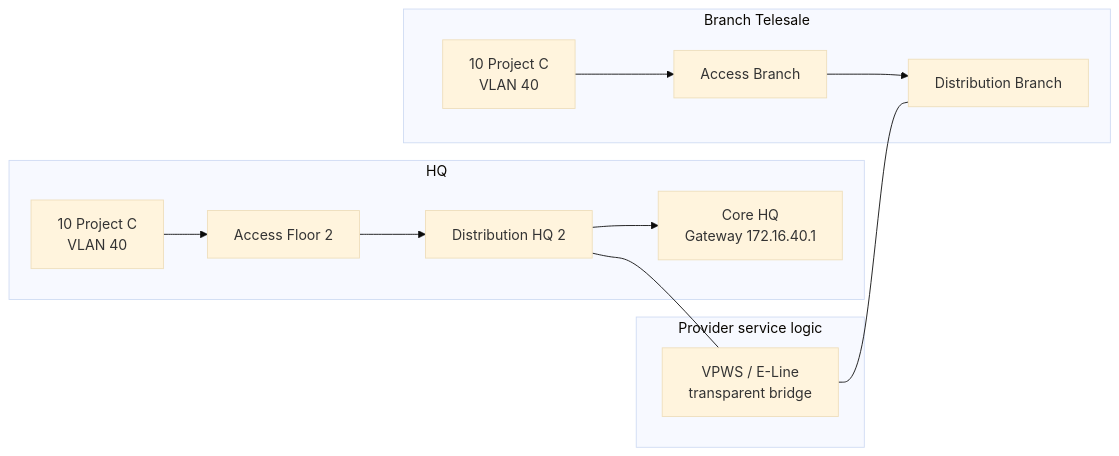
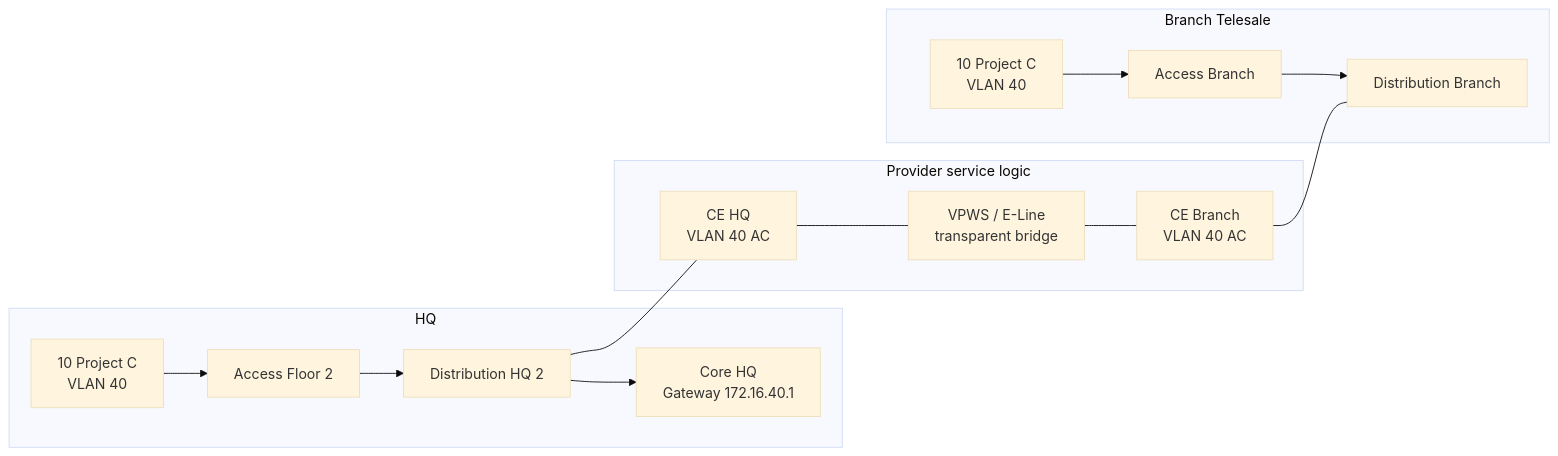
One commit to manhhuy795/CCH_Network changed the diagram in docs/vlan40_mpls_l2vpn_vpws_vi.md. Above: the diagram before and after it, drawn with Mermaid (base theme). The commit also changed other lines of this file and 37 other files, not shown here.

````diff
--- a/docs/vlan40_mpls_l2vpn_vpws_vi.md
+++ b/docs/vlan40_mpls_l2vpn_vpws_vi.md
@@ -19,17 +19,21 @@
 ```mermaid
 flowchart LR
   subgraph HQ[HQ]
     H["10 Project C\nVLAN 40"] --> AH[Access Floor 2]
     AH --> DH[Distribution HQ 2]
     DH --> C["Core HQ\nGateway 172.16.40.1"]
   end
   subgraph WAN[Provider service logic]
+    CEH["CE HQ\nVLAN 40 AC"]
     PW["VPWS / E-Line\ntransparent bridge"]
+    CEB["CE Branch\nVLAN 40 AC"]
   end
   subgraph BR[Branch Telesale]
     B["10 Project C\nVLAN 40"] --> AB[Access Branch]
     AB --> DB[Distribution Branch]
   end
-  DH --- PW
-  PW --- DB
+  DH --- CEH
+  CEH --- PW
+  PW --- CEB
+  CEB --- DB
 ```
````
